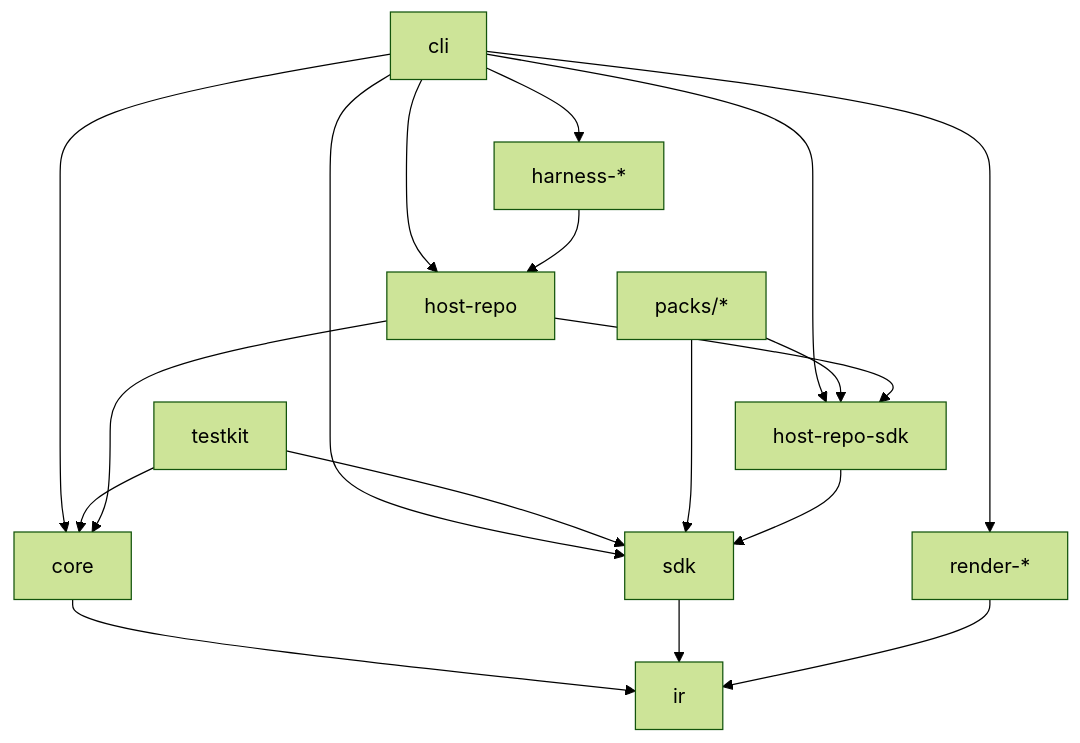
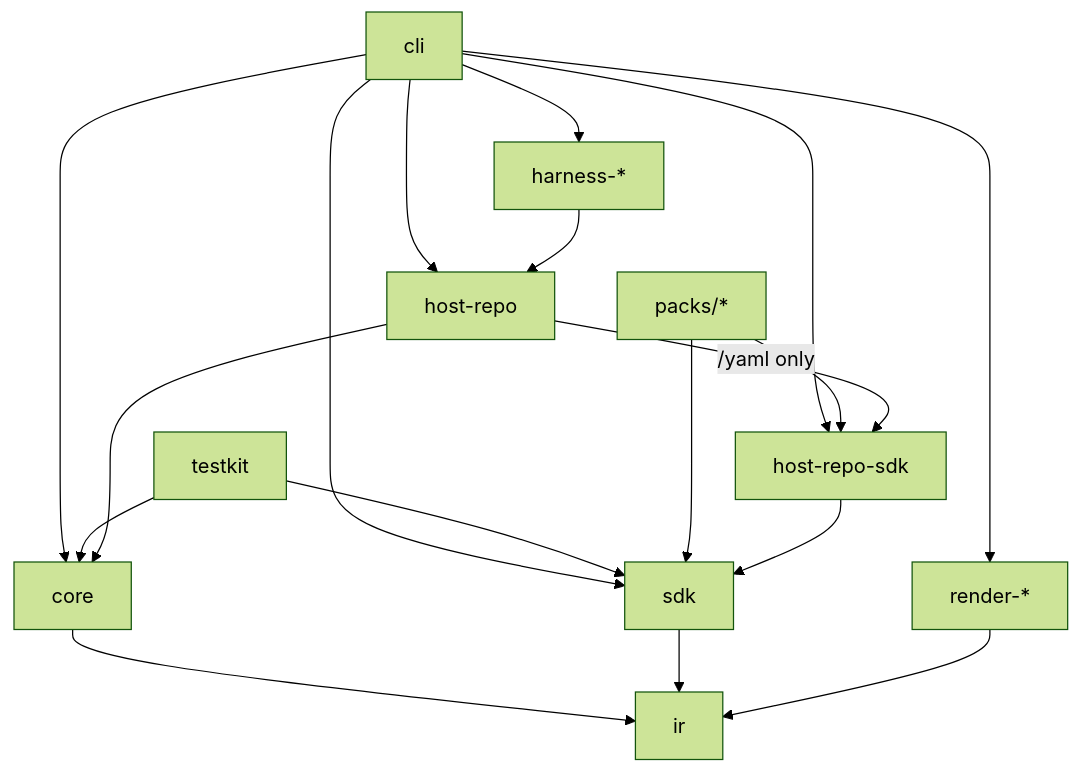
One commit to dvalnn/maestro changed the second of 5 diagrams in docs/architecture.md. Above: the diagram before and after it, drawn with Mermaid (forest theme). The commit also changed 3 other files, not shown here.

````diff
--- a/docs/architecture.md
+++ b/docs/architecture.md
@@ -77,20 +77,20 @@
 ```mermaid
 flowchart TD
   cli["cli"] --> core["core"]
   cli --> sdk["sdk"]
   cli --> rend["render-*"]
   cli --> host["host-repo"]
   cli --> hsdk["host-repo-sdk"]
   cli --> harness["harness-*"]
   testkit["testkit"] --> core
   testkit --> sdk
   packs["packs/*"] --> sdk
   packs --> hsdk
   harness --> host
   host --> core
-  host --> hsdk
+  host -->|"/yaml only"| hsdk
   hsdk --> sdk
   core --> ir["ir"]
   sdk --> ir
   rend --> ir
 ```
````
